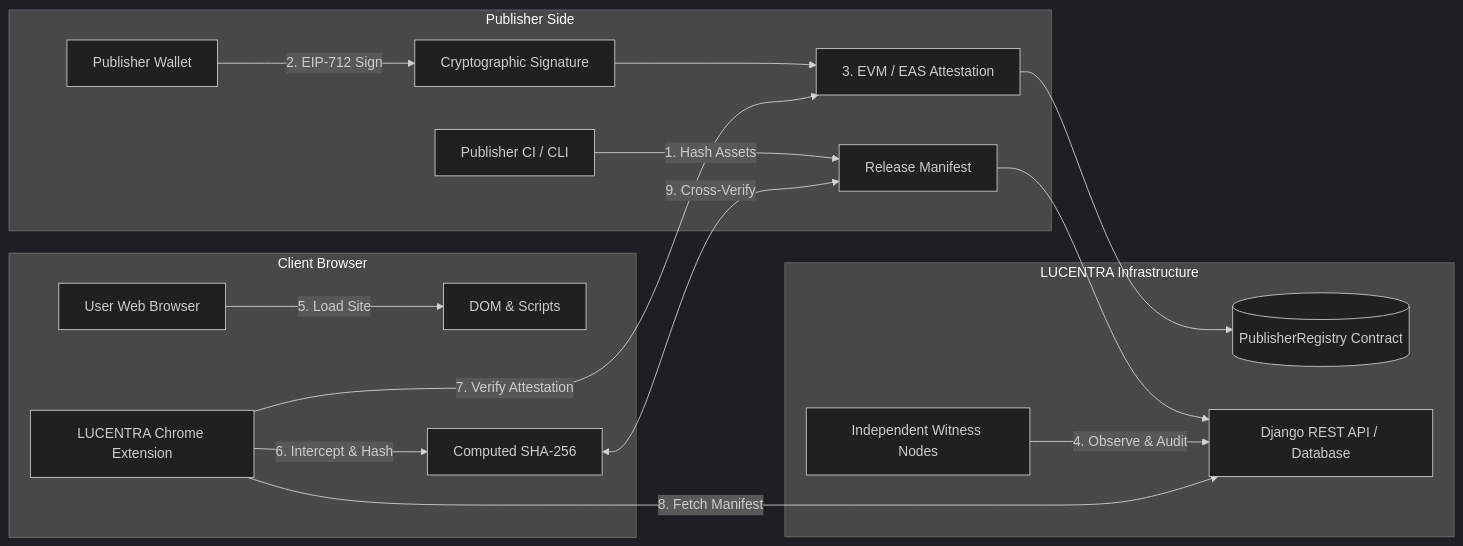
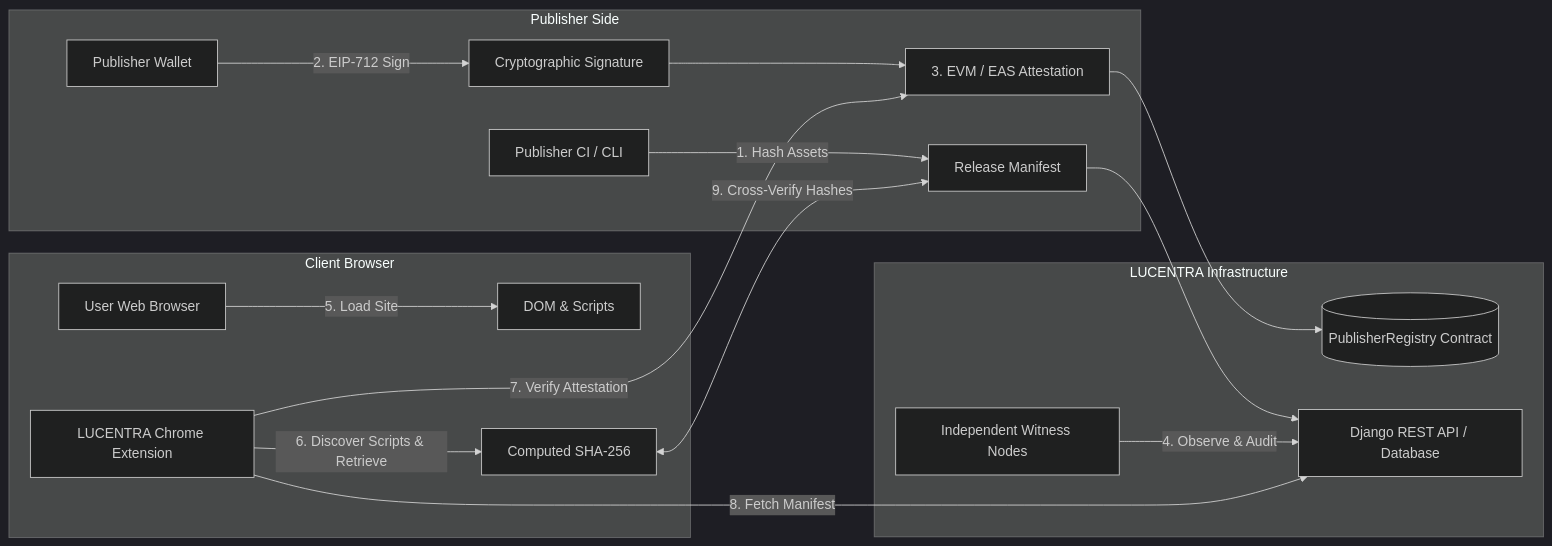
The diagram in README.md (MustafaPinjari/LUCENTRA), drawn with Mermaid (dark theme) before and after one commit. The commit also changed other lines of this file and 181 other files, not shown here.

````diff
--- a/README.md
+++ b/README.md
@@ -26,22 +26,22 @@
 ```mermaid
 flowchart LR
     subgraph Publisher["Publisher Side"]
         Dev[Publisher CI / CLI] -->|1. Hash Assets| Manifest[Release Manifest]
         Wallet[Publisher Wallet] -->|2. EIP-712 Sign| Sig[Cryptographic Signature]
         Sig --> OnChain[3. EVM / EAS Attestation]
     end
 
     subgraph Infrastructure["LUCENTRA Infrastructure"]
         OnChain --> Registry[(PublisherRegistry Contract)]
         Manifest --> Backend[Django REST API / Database]
         Witness[Independent Witness Nodes] -->|4. Observe & Audit| Backend
     end
 
     subgraph Client["Client Browser"]
         Browser[User Web Browser] -->|5. Load Site| DOM[DOM & Scripts]
-        Ext[LUCENTRA Chrome Extension] -->|6. Intercept & Hash| ClientHash[Computed SHA-256]
+        Ext[LUCENTRA Chrome Extension] -->|6. Discover Scripts & Retrieve| ClientHash[Computed SHA-256]
         Ext -->|7. Verify Attestation| OnChain
         Ext -->|8. Fetch Manifest| Backend
-        ClientHash <-->|9. Cross-Verify| Manifest
+        ClientHash <-->|9. Cross-Verify Hashes| Manifest
     end
 ```
````
